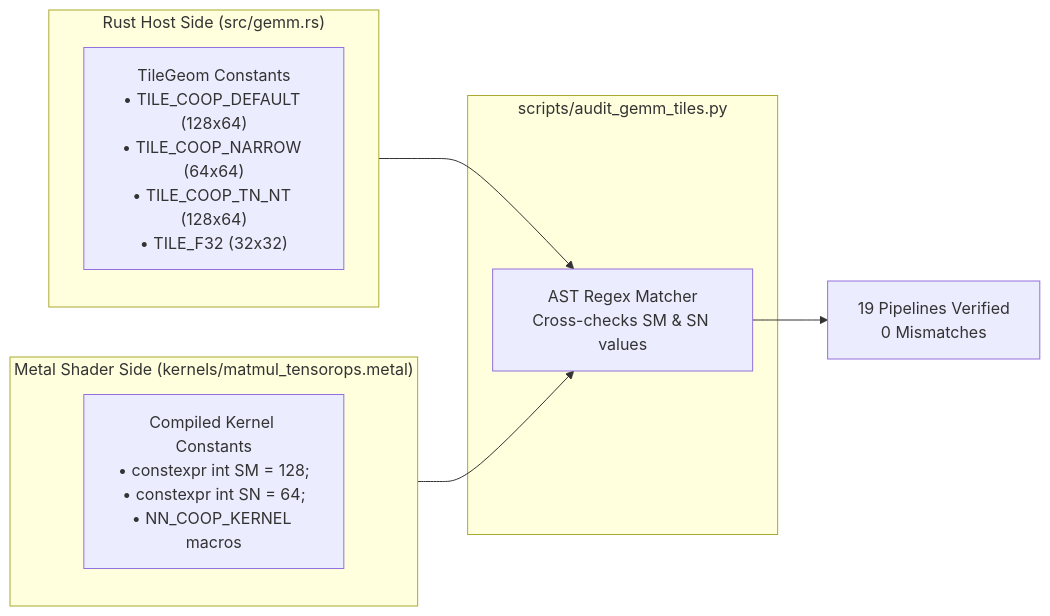
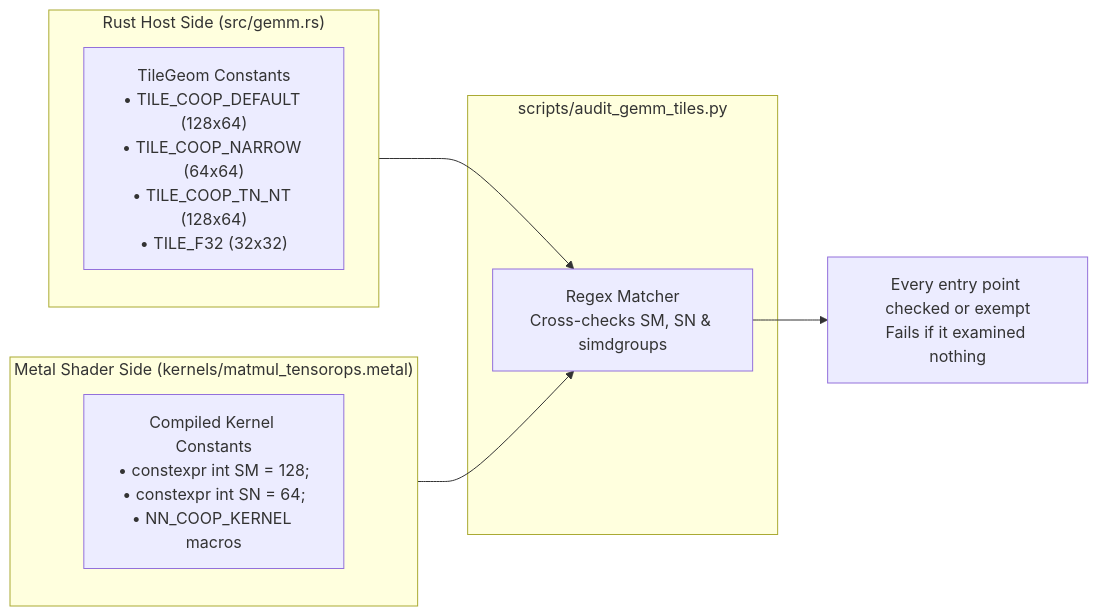
The second of 4 diagrams in docs/verification.md (bharathvbcr/tessl), drawn with Mermaid before and after one commit. The commit also changed other lines of this file and 3 other files, not shown here.

````diff
--- a/docs/verification.md
+++ b/docs/verification.md
@@ -29,18 +29,18 @@
 ```mermaid
 flowchart LR
     subgraph RustLand["Rust Host Side (src/gemm.rs)"]
         TileDef["TileGeom Constants<br/>• TILE_COOP_DEFAULT (128x64)<br/>• TILE_COOP_NARROW (64x64)<br/>• TILE_COOP_TN_NT (128x64)<br/>• TILE_F32 (32x32)"]
     end
 
     subgraph Script["scripts/audit_gemm_tiles.py"]
-        Extractor["AST Regex Matcher<br/>Cross-checks SM &amp; SN values"]
+        Extractor["Regex Matcher<br/>Cross-checks SM, SN &amp; simdgroups"]
     end
 
     subgraph MetalLand["Metal Shader Side (kernels/matmul_tensorops.metal)"]
         ShaderDef["Compiled Kernel Constants<br/>• constexpr int SM = 128;<br/>• constexpr int SN = 64;<br/>• NN_COOP_KERNEL macros"]
     end
 
     RustLand --> Extractor
     MetalLand --> Extractor
-    Extractor --> Pass["19 Pipelines Verified<br/>0 Mismatches"]
+    Extractor --> Pass["Every entry point checked or exempt<br/>Fails if it examined nothing"]
 ```
````
